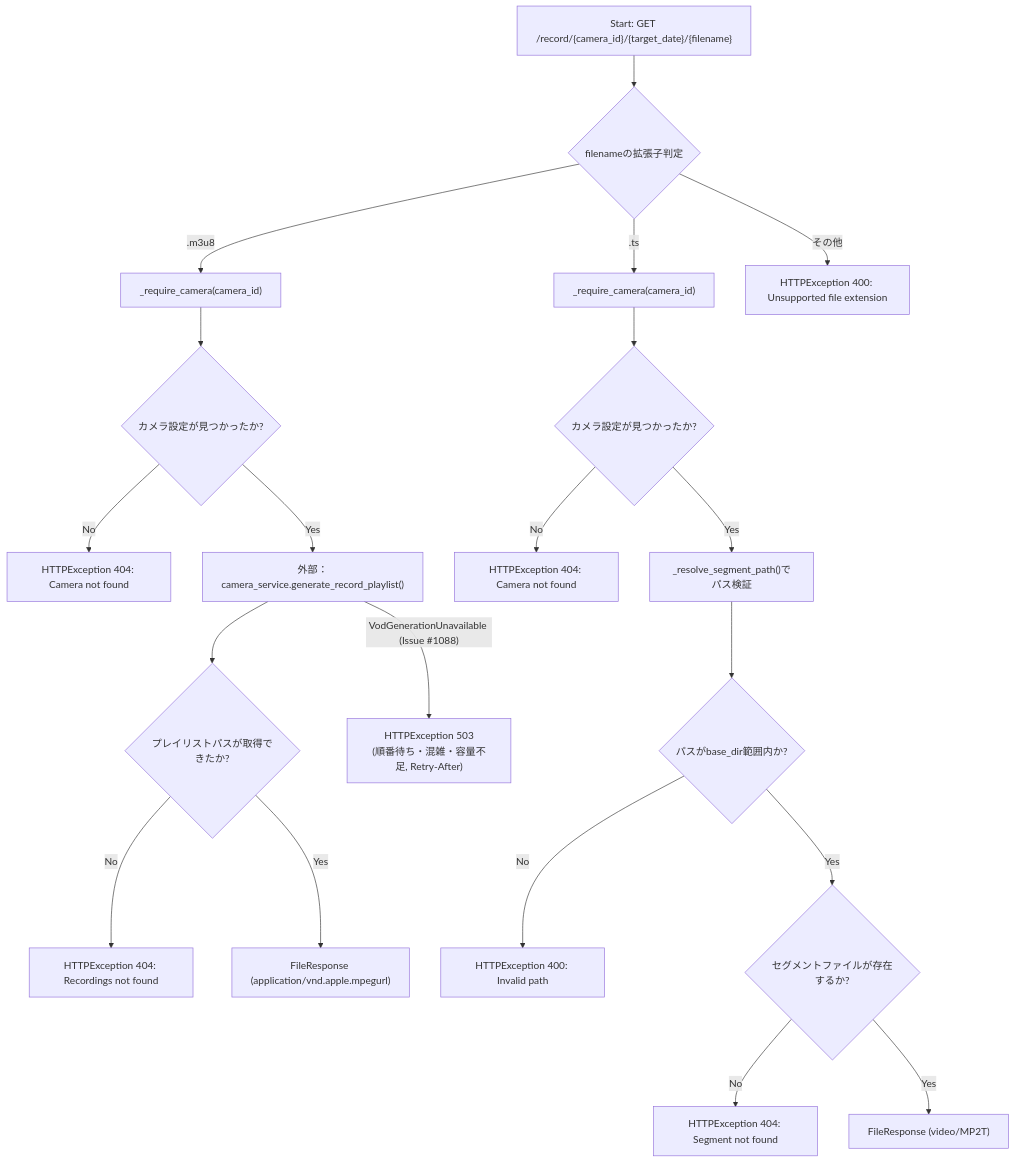
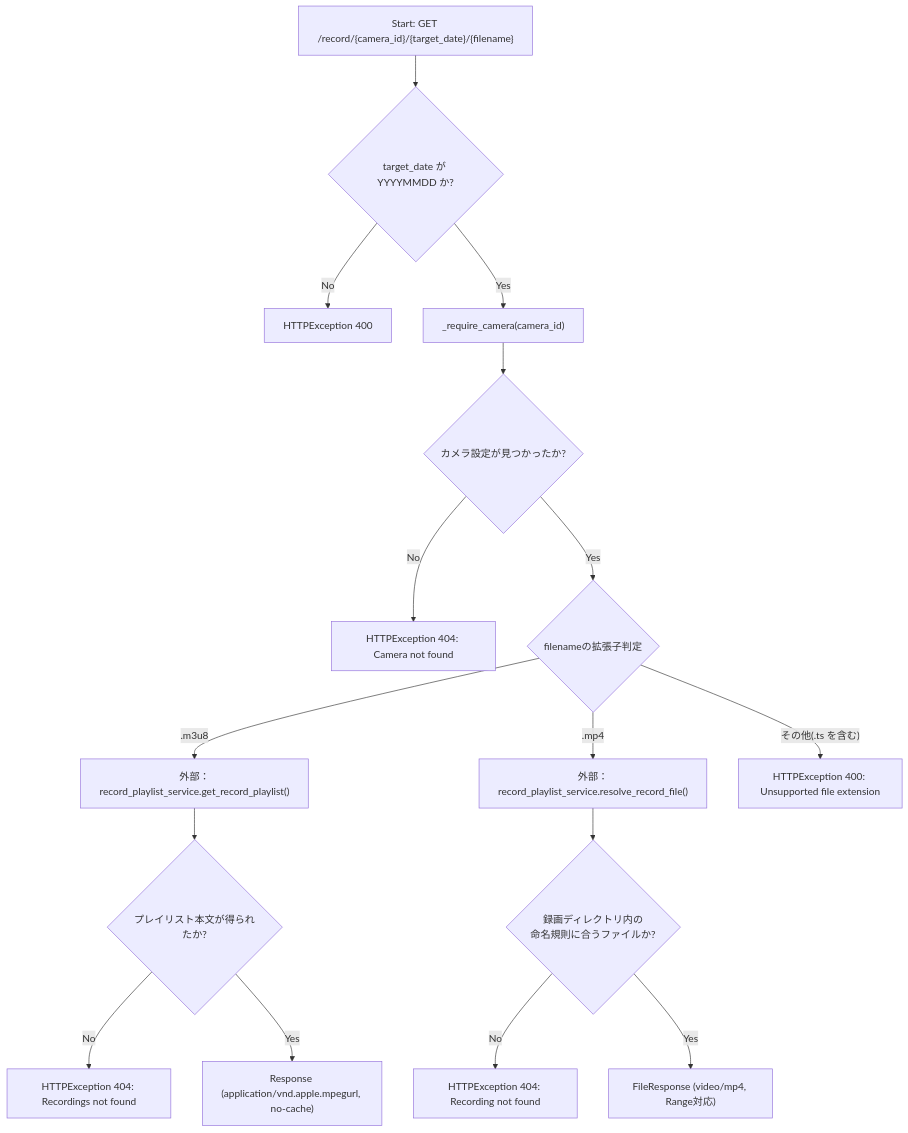
One commit to mmtigers/my_python_project changed the first of 2 diagrams in docs/specifications/MY_HOME_SYSTEM/camera_router.md. Above: the diagram before and after it, drawn with Mermaid. The commit also changed other lines of this file and 9 other files, not shown here.

````diff
--- a/docs/specifications/MY_HOME_SYSTEM/camera_router.md
+++ b/docs/specifications/MY_HOME_SYSTEM/camera_router.md
@@ -257,25 +218,21 @@
 ```mermaid
 flowchart TD
-    Start["Start: GET /record/{camera_id}/{target_date}/{filename}"] --> ExtCheck{"filenameの拡張子判定"}
+    Start["Start: GET /record/{camera_id}/{target_date}/{filename}"] --> DateCheck{"target_date が YYYYMMDD か?"}
+    DateCheck -- No --> Err400d["HTTPException 400"]
+    DateCheck -- Yes --> ReqCam["_require_camera(camera_id)"]
+    ReqCam --> CamFound{"カメラ設定が見つかったか?"}
+    CamFound -- No --> Err404a["HTTPException 404: Camera not found"]
+    CamFound -- Yes --> ExtCheck{"filenameの拡張子判定"}
 
-    ExtCheck -- ".m3u8" --> ReqCam1["_require_camera(camera_id)"]
-    ReqCam1 --> CamFound1{"カメラ設定が見つかったか?"}
-    CamFound1 -- No --> Err404a["HTTPException 404: Camera not found"]
-    CamFound1 -- Yes --> GenPlaylist["外部：camera_service.generate_record_playlist()"]
-    GenPlaylist --> PlaylistOk{"プレイリストパスが取得できたか?"}
-    GenPlaylist -- "VodGenerationUnavailable (Issue #1088)" --> Err503["HTTPException 503<br>(順番待ち・混雑・容量不足, Retry-After)"]
+    ExtCheck -- ".m3u8" --> GenPlaylist["外部：record_playlist_service.get_record_playlist()"]
+    GenPlaylist --> PlaylistOk{"プレイリスト本文が得られたか?"}
     PlaylistOk -- No --> Err404b["HTTPException 404: Recordings not found"]
-    PlaylistOk -- Yes --> RespM3u8["FileResponse (application/vnd.apple.mpegurl)"]
+    PlaylistOk -- Yes --> RespM3u8["Response (application/vnd.apple.mpegurl, no-cache)"]
 
-    ExtCheck -- ".ts" --> ReqCam2["_require_camera(camera_id)"]
-    ReqCam2 --> CamFound2{"カメラ設定が見つかったか?"}
-    CamFound2 -- No --> Err404c["HTTPException 404: Camera not found"]
-    CamFound2 -- Yes --> ResolvePath["_resolve_segment_path()でパス検証"]
-    ResolvePath --> PathValid{"パスがbase_dir範囲内か?"}
-    PathValid -- No --> Err400["HTTPException 400: Invalid path"]
-    PathValid -- Yes --> FileExists{"セグメントファイルが存在するか?"}
-    FileExists -- No --> Err404d["HTTPException 404: Segment not found"]
-    FileExists -- Yes --> RespTs["FileResponse (video/MP2T)"]
+    ExtCheck -- ".mp4" --> Resolve["外部：record_playlist_service.resolve_record_file()"]
+    Resolve --> PathOk{"録画ディレクトリ内の<br>命名規則に合うファイルか?"}
+    PathOk -- No --> Err404c["HTTPException 404: Recording not found"]
+    PathOk -- Yes --> RespMp4["FileResponse (video/mp4, Range対応)"]
 
-    ExtCheck -- "その他" --> Err400b["HTTPException 400: Unsupported file extension"]
+    ExtCheck -- "その他(.ts を含む)" --> Err400b["HTTPException 400: Unsupported file extension"]
 ```
````
